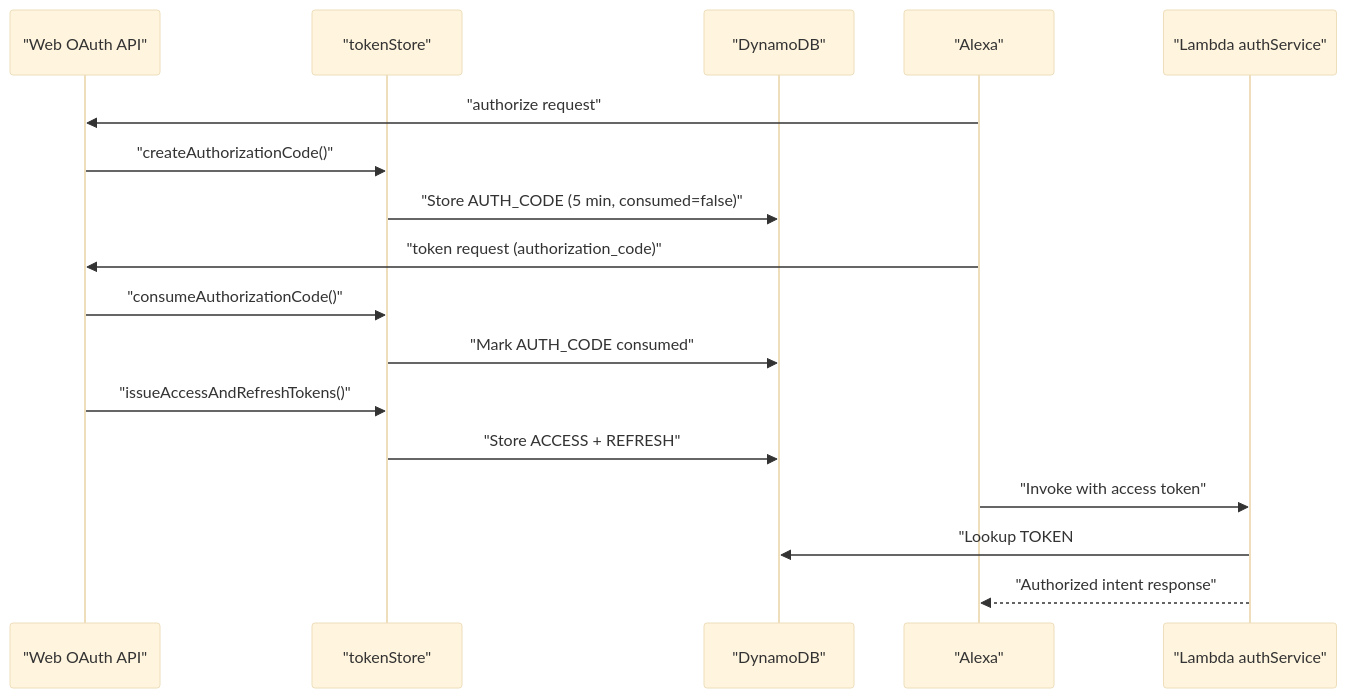
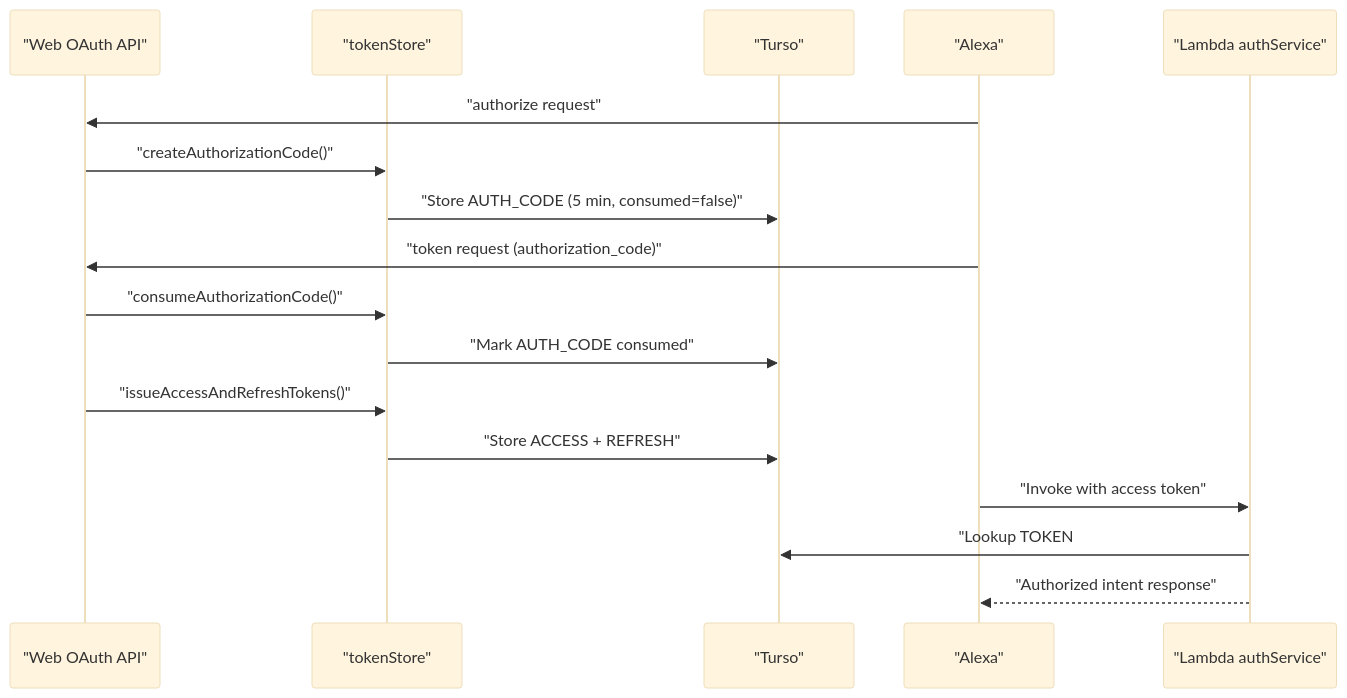
Before and after one commit to Subhajit-Roy-Partho/Alexa-Email-Reader: the third of 3 diagrams in INFO.md, drawn with Mermaid (base theme). The commit also changed other lines of this file and 21 other files, not shown here.

````diff
--- a/INFO.md
+++ b/INFO.md
@@ -229,22 +242,22 @@
 ```mermaid
 sequenceDiagram
     participant Web as "Web OAuth API"
     participant TS as "tokenStore"
-    participant DB as "DynamoDB"
+    participant DB as "Turso"
     participant Alexa as "Alexa"
     participant Skill as "Lambda authService"
 
     Alexa->>Web: "authorize request"
     Web->>TS: "createAuthorizationCode()"
     TS->>DB: "Store AUTH_CODE (5 min, consumed=false)"
 
     Alexa->>Web: "token request (authorization_code)"
     Web->>TS: "consumeAuthorizationCode()"
     TS->>DB: "Mark AUTH_CODE consumed"
     Web->>TS: "issueAccessAndRefreshTokens()"
     TS->>DB: "Store ACCESS + REFRESH"
 
     Alexa->>Skill: "Invoke with access token"
     Skill->>DB: "Lookup TOKEN#sha256(accessToken), SK=ACCESS"
     Skill-->>Alexa: "Authorized intent response"
 ```
````
